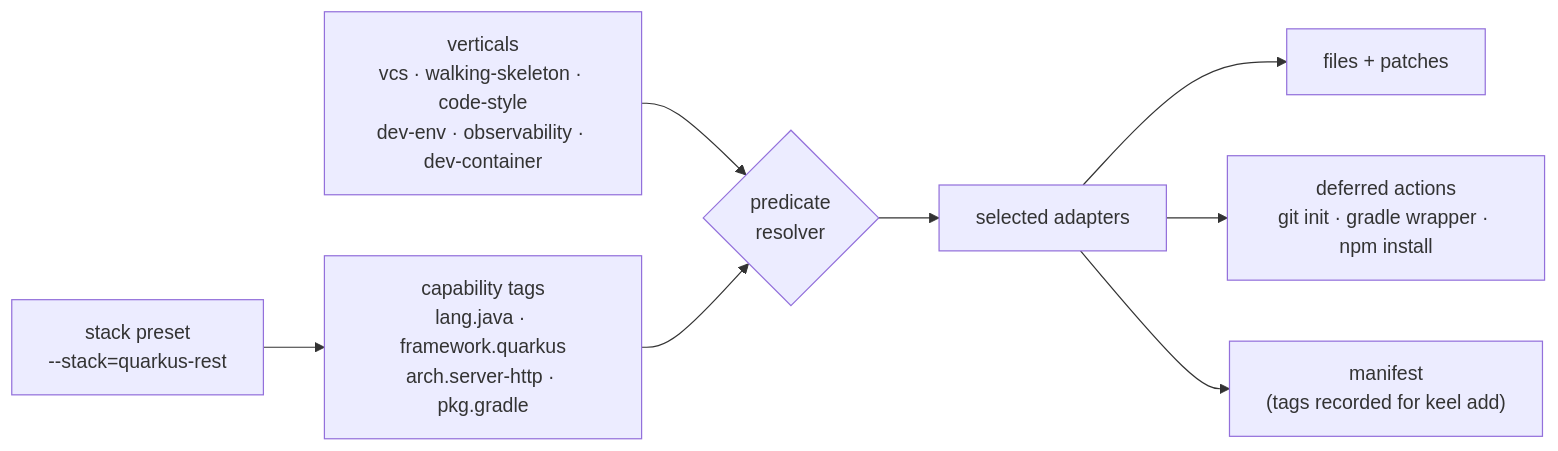
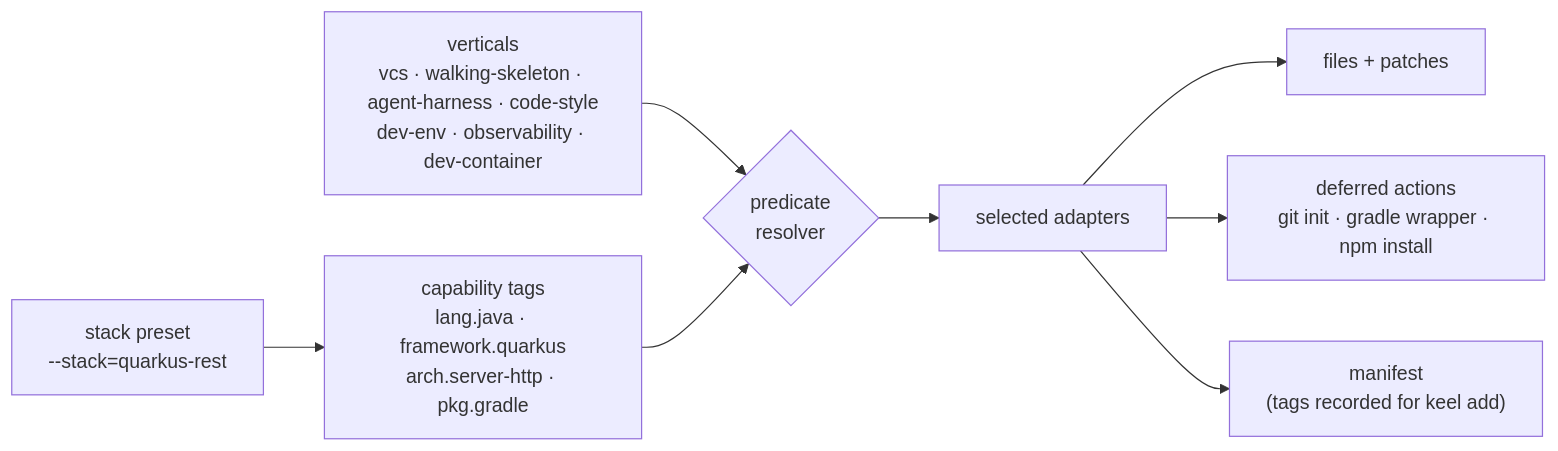
The diagram in README.md (rgoussu-dev/Keel), drawn with Mermaid before and after one commit. The commit also changed other lines of this file and 62 other files, not shown here.

Commit message:
feat(agent-harness): extract optional harness and retrofit declarations (#164)

````diff
--- a/README.md
+++ b/README.md
@@ -334,10 +337,10 @@
 ```mermaid
 flowchart LR
   S["stack preset<br/>--stack=quarkus-rest"] --> T["capability tags<br/>lang.java · framework.quarkus<br/>arch.server-http · pkg.gradle"]
-  V["verticals<br/>vcs · walking-skeleton · code-style<br/>dev-env · observability · dev-container"] --> R
+  V["verticals<br/>vcs · walking-skeleton · agent-harness · code-style<br/>dev-env · observability · dev-container"] --> R
   T --> R{"predicate<br/>resolver"}
   R --> A["selected adapters"]
   A --> F["files + patches"]
   A --> D["deferred actions<br/>git init · gradle wrapper · npm install"]
   A --> M["manifest<br/>(tags recorded for keel add)"]
 ```
````
